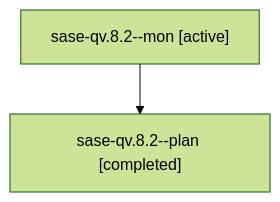
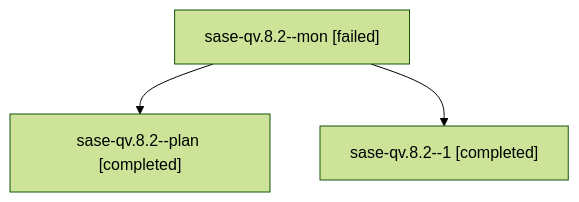
One commit to sase-org/sase--agents changed the diagram in families/bbugyi200.athena.sase-qv.8.2.md. Above: the diagram before and after it, drawn with Mermaid (forest theme). The commit also changed other lines of this file and 40 other files, not shown here.

````diff
--- a/families/bbugyi200.athena.sase-qv.8.2.md
+++ b/families/bbugyi200.athena.sase-qv.8.2.md
@@ -9,6 +9,8 @@
 ```mermaid
 flowchart TD
-  n0["sase-qv.8.2--mon [active]"]
+  n0["sase-qv.8.2--mon [failed]"]
   n1["sase-qv.8.2--plan [completed]"]
   n0 --> n1
+  n2["sase-qv.8.2--1 [completed]"]
+  n0 --> n2
 ```
````
